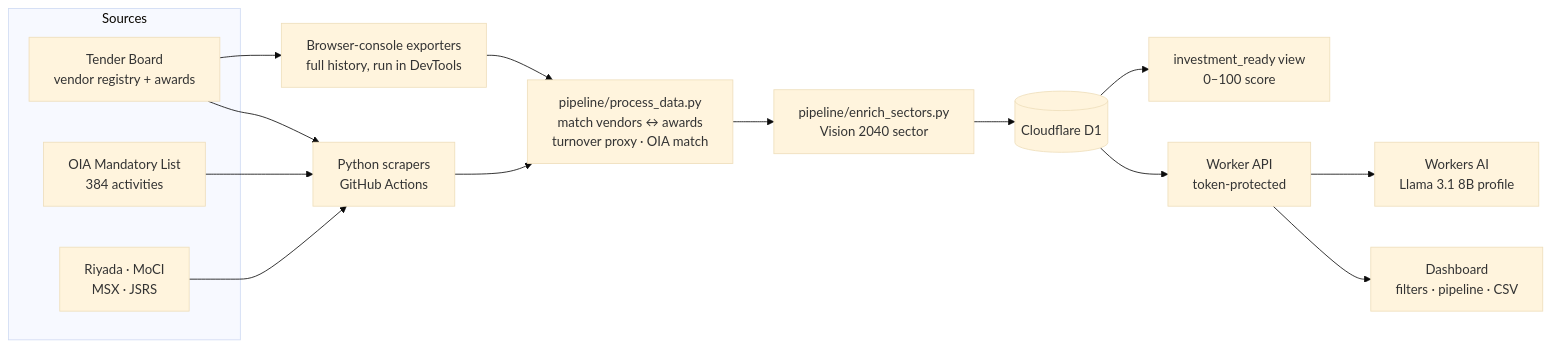
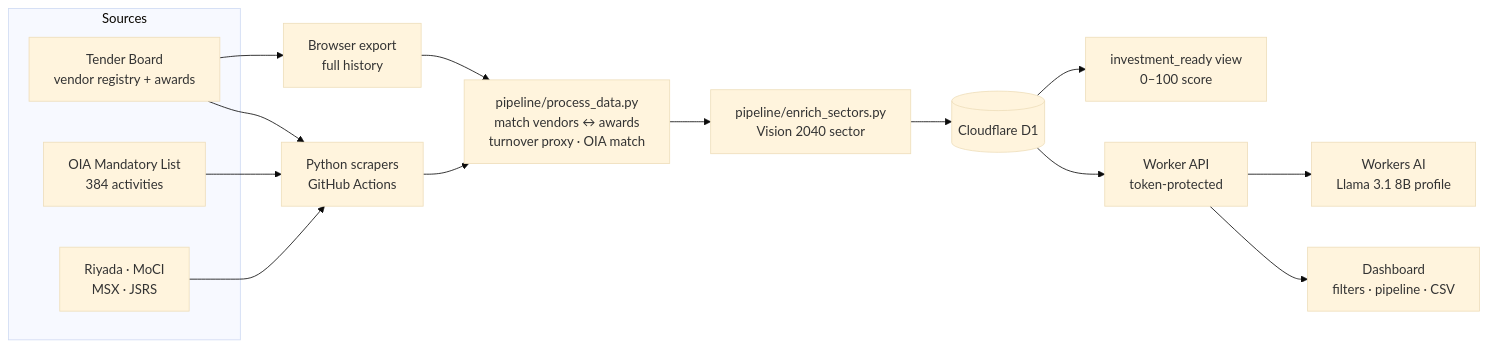
The diagram in README.md (SudiptJethro/oman-sme-intelligence), drawn with Mermaid (base theme) before and after one commit. The commit also changed other lines of this file, not shown here.

````diff
--- a/README.md
+++ b/README.md
@@ -33,17 +33,17 @@
 ```mermaid
 flowchart LR
   subgraph Sources
     TB[Tender Board<br/>vendor registry + awards]
     OIA[OIA Mandatory List<br/>384 activities]
     O[Riyada · MoCI<br/>MSX · JSRS]
   end
-  TB --> C[Browser-console exporters<br/>full history, run in DevTools]
+  TB --> C[Browser export<br/>full history]
   TB & OIA & O --> S[Python scrapers<br/>GitHub Actions]
   C & S --> P[pipeline/process_data.py<br/>match vendors ↔ awards<br/>turnover proxy · OIA match]
   P --> E[pipeline/enrich_sectors.py<br/>Vision 2040 sector]
   E --> D1[(Cloudflare D1)]
   D1 --> V[investment_ready view<br/>0–100 score]
   D1 --> W[Worker API<br/>token-protected]
   W --> AI[Workers AI<br/>Llama 3.1 8B profile]
   W --> UI[Dashboard<br/>filters · pipeline · CSV]
 ```
````
